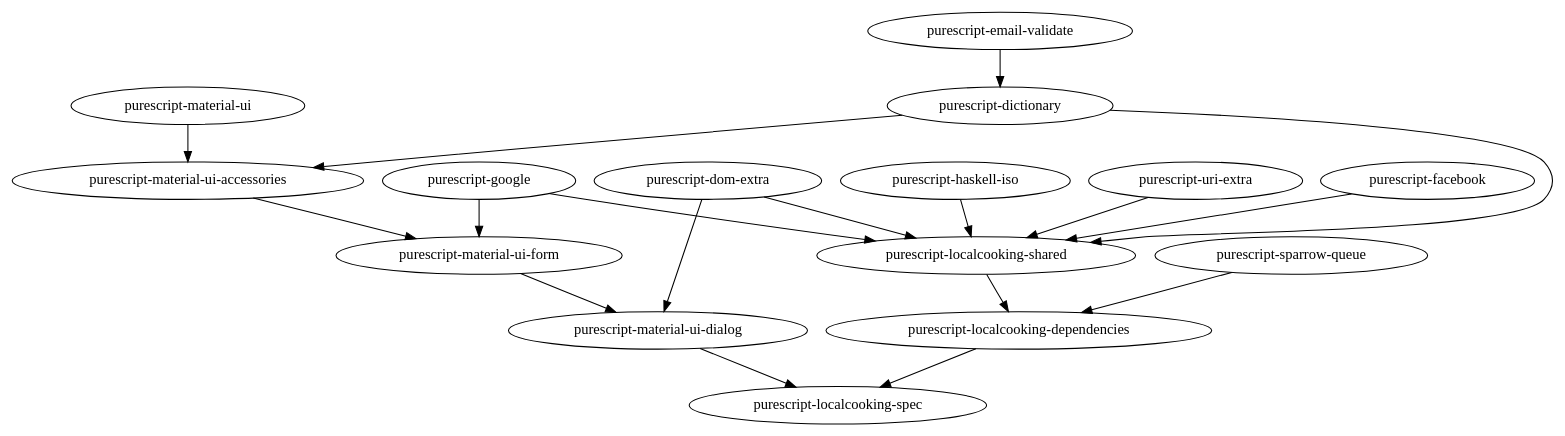
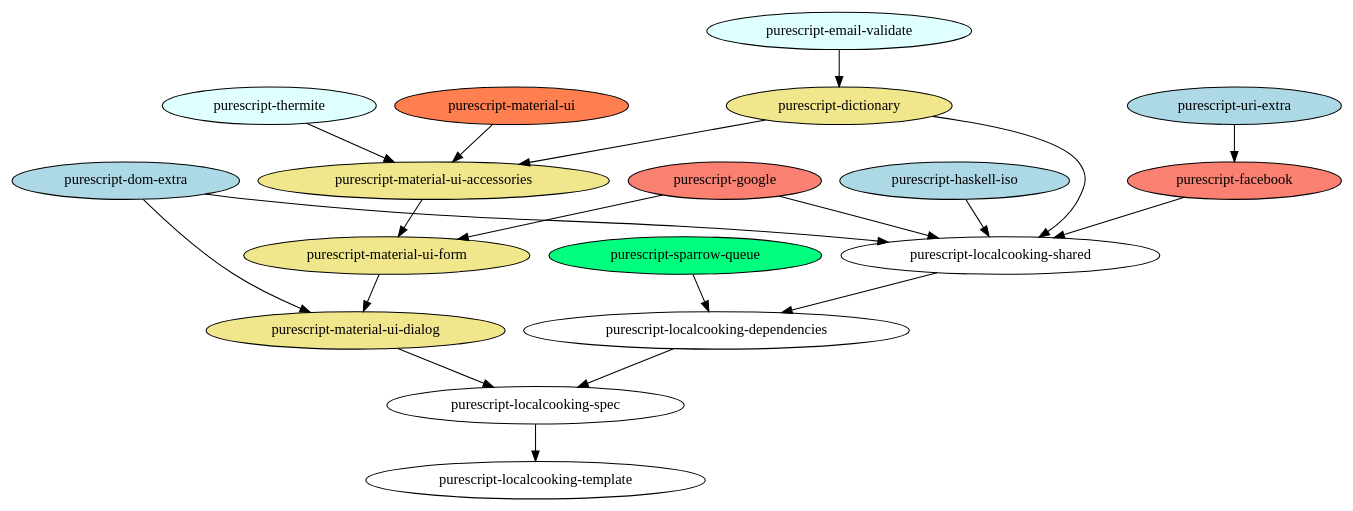
Before and after one commit to localcooking/dependencies: the diagram in frontend.dot, drawn with Graphviz. The commit also changed 2 other files, not shown here.

```diff
--- a/frontend.dot
+++ b/frontend.dot
@@ -1,19 +1,35 @@
 digraph frontend {
+  "purescript-email-validate" [fillcolor = lightcyan, style = filled];
+  "purescript-thermite" [fillcolor = lightcyan, style = filled];
+  "purescript-material-ui" [fillcolor = coral, style = filled];
+  "purescript-uri-extra" [fillcolor = lightblue, style = filled];
+  "purescript-dom-extra" [fillcolor = lightblue, style = filled];
+  "purescript-haskell-iso" [fillcolor = lightblue, style = filled];
+  "purescript-facebook" [fillcolor = salmon, style = filled];
+  "purescript-google" [fillcolor = salmon, style = filled];
+  "purescript-sparrow-queue" [fillcolor = springgreen, style = filled];
+  "purescript-dictionary" [fillcolor = khaki, style = filled];
+  "purescript-material-ui-accessories" [fillcolor = khaki, style = filled];
+  "purescript-material-ui-form" [fillcolor = khaki, style = filled];
+  "purescript-material-ui-dialog" [fillcolor = khaki, style = filled];
+
   "purescript-email-validate" -> "purescript-dictionary";
+  "purescript-uri-extra" -> "purescript-facebook";
+  "purescript-thermite" -> "purescript-material-ui-accessories";
   "purescript-material-ui" -> "purescript-material-ui-accessories";
   "purescript-dictionary" -> "purescript-material-ui-accessories";
   "purescript-google" -> "purescript-material-ui-form";
   "purescript-material-ui-accessories" -> "purescript-material-ui-form";
   "purescript-dom-extra" -> "purescript-material-ui-dialog";
   "purescript-material-ui-form" -> "purescript-material-ui-dialog";
   "purescript-haskell-iso" -> "purescript-localcooking-shared";
-  "purescript-uri-extra" -> "purescript-localcooking-shared";
   "purescript-dom-extra" -> "purescript-localcooking-shared";
   "purescript-facebook" -> "purescript-localcooking-shared";
   "purescript-google" -> "purescript-localcooking-shared";
   "purescript-dictionary" -> "purescript-localcooking-shared";
   "purescript-localcooking-shared" -> "purescript-localcooking-dependencies";
   "purescript-sparrow-queue" -> "purescript-localcooking-dependencies";
   "purescript-material-ui-dialog" -> "purescript-localcooking-spec";
   "purescript-localcooking-dependencies" -> "purescript-localcooking-spec";
+  "purescript-localcooking-spec" -> "purescript-localcooking-template";
 }
```
